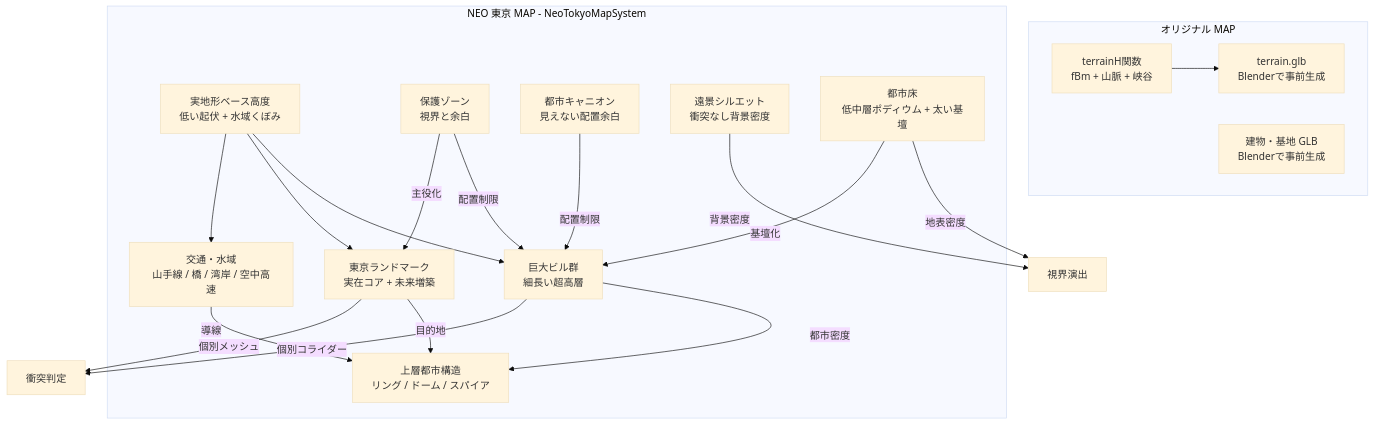
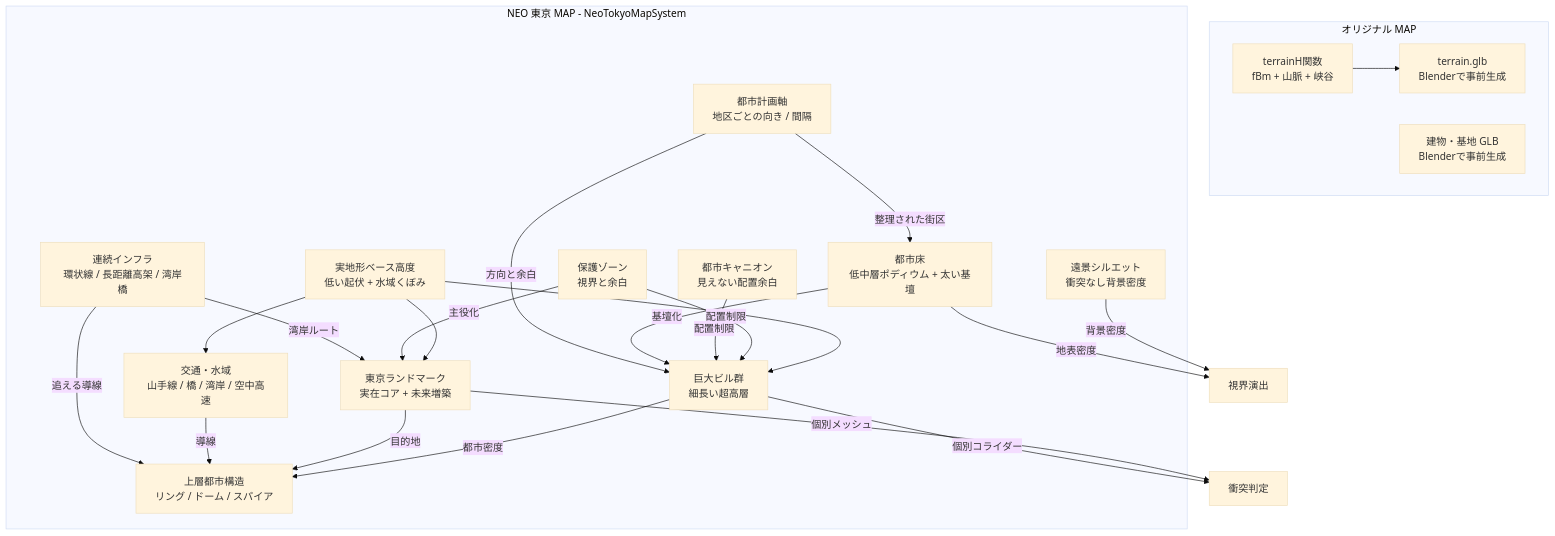
One commit to CDS-dev-dev/AirFighter changed the third of 6 diagrams in docs/3_architecture.md. Above: the diagram before and after it, drawn with Mermaid (base theme). The commit also changed other lines of this file and 6 other files, not shown here.

````diff
--- a/docs/3_architecture.md
+++ b/docs/3_architecture.md
@@ -93,36 +93,42 @@
 ```mermaid
 graph TD
     subgraph オリジナル MAP
         A1[terrainH関数\nfBm + 山脈 + 峡谷]
         A2[terrain.glb\nBlenderで事前生成]
         A3[建物・基地 GLB\nBlenderで事前生成]
     end
 
     subgraph NEO 東京 MAP - NeoTokyoMapSystem
         B1[実地形ベース高度\n低い起伏 + 水域くぼみ]
         B2[巨大ビル群\n細長い超高層]
         B3[東京ランドマーク\n実在コア + 未来増築]
         B4[交通・水域\n山手線 / 橋 / 湾岸 / 空中高速]
         B5[保護ゾーン\n視界と余白]
         B6[上層都市構造\nリング / ドーム / スパイア]
         B7[都市キャニオン\n見えない配置余白]
         B8[遠景シルエット\n衝突なし背景密度]
         B9[都市床\n低中層ポディウム + 太い基壇]
+        B10[都市計画軸\n地区ごとの向き / 間隔]
+        B11[連続インフラ\n環状線 / 長距離高架 / 湾岸橋]
     end
 
     A1 --> A2
     B1 --> B2
     B1 --> B3
     B5 -->|配置制限| B2
     B5 -->|主役化| B3
     B1 --> B4
     B2 -->|都市密度| B6
     B3 -->|目的地| B6
     B4 -->|導線| B6
     B7 -->|配置制限| B2
     B8 -->|背景密度| H[視界演出]
     B9 -->|地表密度| H
     B9 -->|基壇化| B2
+    B10 -->|方向と余白| B2
+    B10 -->|整理された街区| B9
+    B11 -->|追える導線| B6
+    B11 -->|湾岸ルート| B3
     B3 -->|個別メッシュ| C[衝突判定]
     B2 -->|個別コライダー| C
 ```
````
